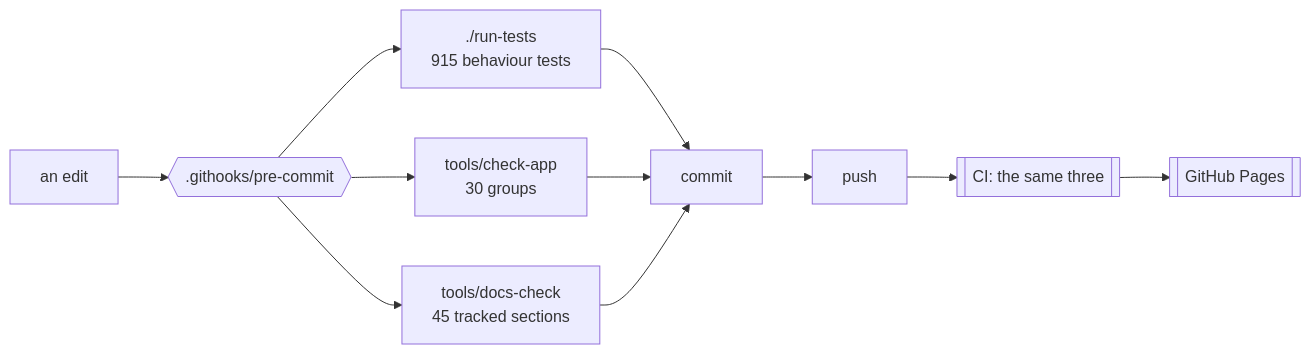
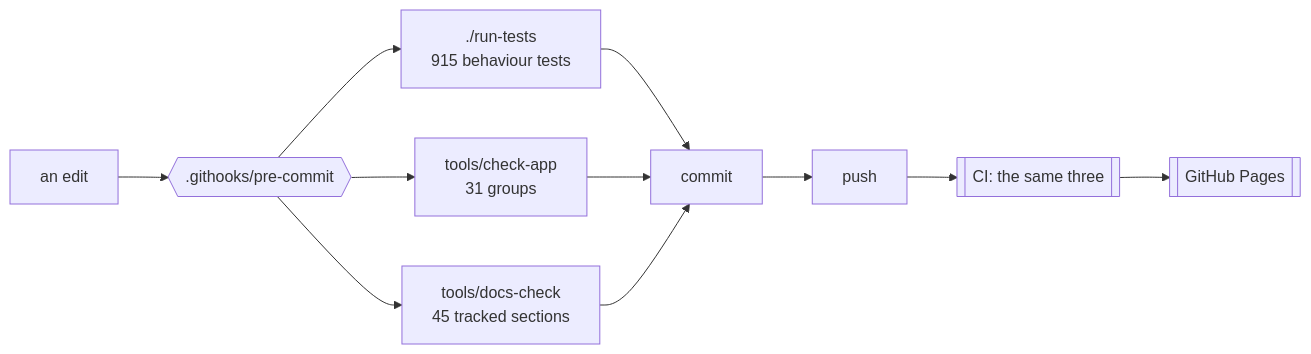
The first of 3 diagrams in docs/DEVELOPING.md (minormending/crystal-pilot-mobile), drawn with Mermaid before and after one commit. The commit also changed other lines of this file and 2 other files, not shown here.

````diff
--- a/docs/DEVELOPING.md
+++ b/docs/DEVELOPING.md
@@ -15,12 +15,12 @@
 ```mermaid
 flowchart LR
     E[an edit] --> H{{".githooks/pre-commit"}}
     H --> T["./run-tests<br/>915 behaviour tests"]
-    H --> C["tools/check-app<br/>30 groups"]
+    H --> C["tools/check-app<br/>31 groups"]
     H --> D["tools/docs-check<br/>45 tracked sections"]
     T --> OK[commit]
     C --> OK
     D --> OK
     OK --> P[push] --> CI[["CI: the same three"]]
     CI --> PG[[GitHub Pages]]
 ```
````
